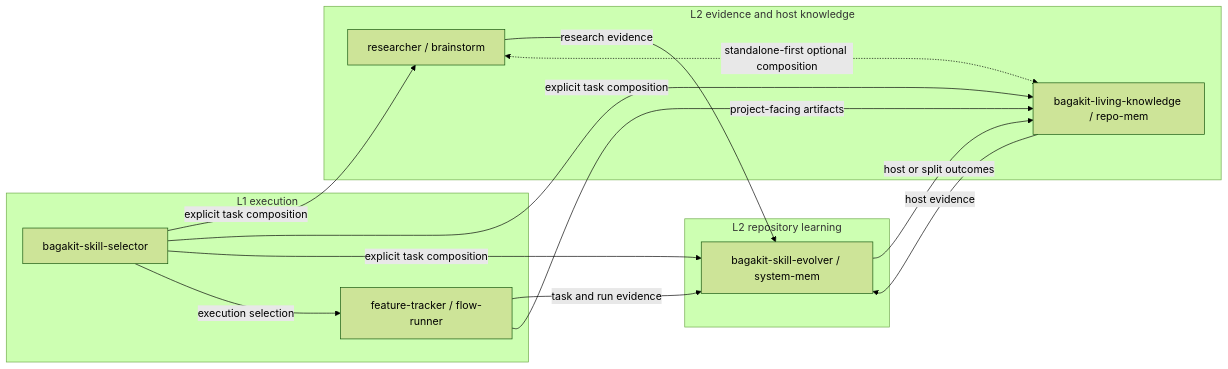
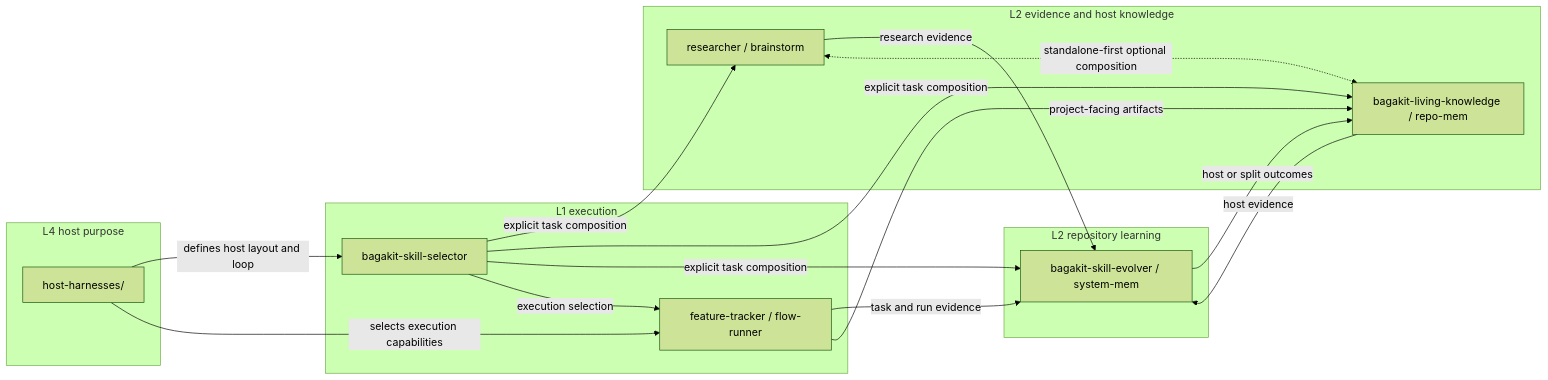
Before and after one commit to bagakit/bagakit: the diagram in docs/architecture/A3-core-harness-topology.md, drawn with Mermaid (forest theme). The commit also changed other lines of this file and 4 other files, not shown here.

Commit message:
docs(architecture): add L4 host-harness layer to primary architecture

````diff
--- a/docs/architecture/A3-core-harness-topology.md
+++ b/docs/architecture/A3-core-harness-topology.md
@@ -45,29 +49,35 @@
 ```mermaid
 flowchart LR
+    subgraph L4["L4 host purpose"]
+        HOST["host-harnesses/<harness-id>"]
+    end
+
     subgraph L1["L1 execution"]
         SEL["bagakit-skill-selector"]
         RUN["feature-tracker / flow-runner"]
     end
 
     subgraph L2A["L2 evidence and host knowledge"]
         RES["researcher / brainstorm"]
         LIV["bagakit-living-knowledge / repo-mem"]
     end
 
     subgraph L2B["L2 repository learning"]
         EVO["bagakit-skill-evolver / system-mem"]
     end
 
     SEL -->|explicit task composition| RES
     SEL -->|explicit task composition| LIV
     SEL -->|explicit task composition| EVO
     SEL -->|execution selection| RUN
 
     RUN -->|task and run evidence| EVO
     RUN -->|project-facing artifacts| LIV
     RES -->|research evidence| EVO
     LIV -->|host evidence| EVO
     EVO -->|host or split outcomes| LIV
 
     RES <-.standalone-first optional composition.-> LIV
+    HOST -->|defines host layout and loop| SEL
+    HOST -->|selects execution capabilities| RUN
 ```
````
